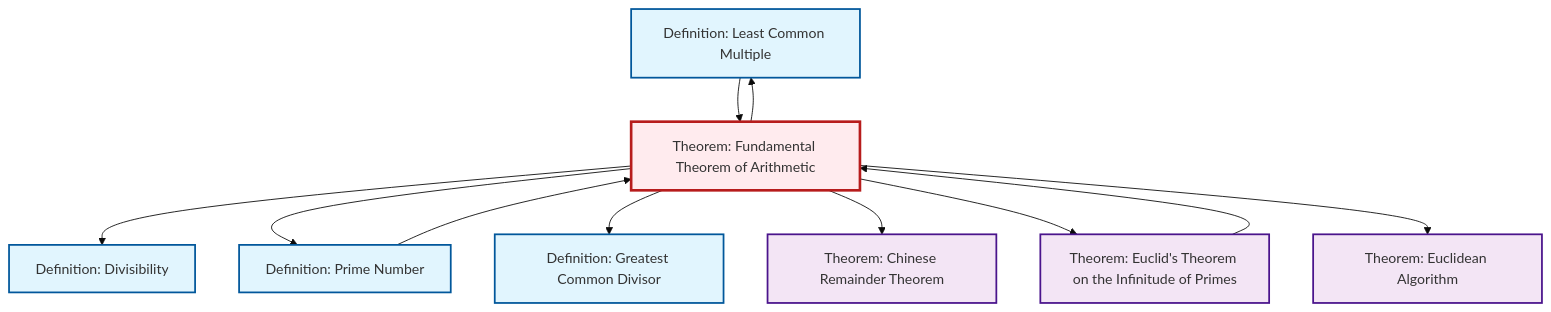
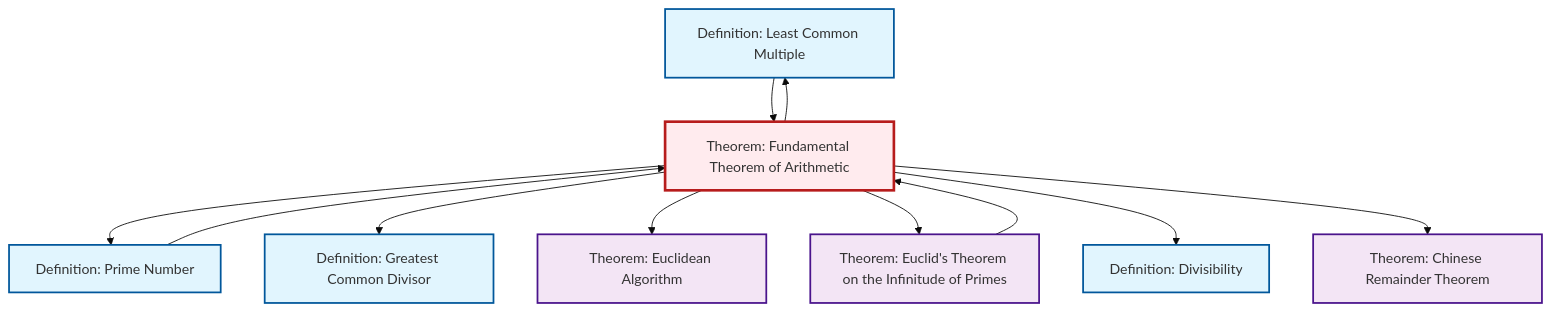
Before and after one commit to RK0429/ModernMath: the diagram in content/en/number-theory/thm-fundamental-arithmetic.qmd, drawn with Mermaid (base theme). The commit also changed other lines of this file and 672 other files, not shown here.

````diff
--- a/content/en/number-theory/thm-fundamental-arithmetic.qmd
+++ b/content/en/number-theory/thm-fundamental-arithmetic.qmd
@@ -72,35 +72,35 @@
 ```{mermaid}
 %%| fig-cap: "Local dependency graph"
 graph TD
     classDef definition fill:#e1f5fe,stroke:#01579b,stroke-width:2px
     classDef theorem fill:#f3e5f5,stroke:#4a148c,stroke-width:2px
     classDef axiom fill:#fff3e0,stroke:#e65100,stroke-width:2px
     classDef example fill:#e8f5e9,stroke:#1b5e20,stroke-width:2px
     classDef current fill:#ffebee,stroke:#b71c1c,stroke-width:3px
+    thm-euclidean-algorithm["Theorem: Euclidean Algorithm"]:::theorem
+    def-lcm["Definition: Least Common Multiple"]:::definition
     def-gcd["Definition: Greatest Common Divisor"]:::definition
+    thm-euclid-infinitude-primes["Theorem: Euclid's Theorem on the Infinitude of Primes"]:::theorem
+    def-prime["Definition: Prime Number"]:::definition
+    thm-fundamental-arithmetic["Theorem: Fundamental Theorem of Arithmetic"]:::theorem
     thm-chinese-remainder["Theorem: Chinese Remainder Theorem"]:::theorem
-    def-lcm["Definition: Least Common Multiple"]:::definition
-    thm-fundamental-arithmetic["Theorem: Fundamental Theorem of Arithmetic"]:::theorem
     def-divisibility["Definition: Divisibility"]:::definition
-    thm-euclid-infinitude-primes["Theorem: Euclid's Theorem on the Infinitude of Primes"]:::theorem
-    thm-euclidean-algorithm["Theorem: Euclidean Algorithm"]:::theorem
-    def-prime["Definition: Prime Number"]:::definition
+    thm-euclid-infinitude-primes --> thm-fundamental-arithmetic
+    thm-fundamental-arithmetic --> def-prime
+    thm-fundamental-arithmetic --> def-lcm
+    thm-fundamental-arithmetic --> def-gcd
+    def-prime --> thm-fundamental-arithmetic
+    thm-fundamental-arithmetic --> thm-euclidean-algorithm
+    thm-fundamental-arithmetic --> thm-euclid-infinitude-primes
+    def-lcm --> thm-fundamental-arithmetic
     thm-fundamental-arithmetic --> def-divisibility
-    def-lcm --> thm-fundamental-arithmetic
-    thm-fundamental-arithmetic --> def-prime
-    thm-fundamental-arithmetic --> def-gcd
     thm-fundamental-arithmetic --> thm-chinese-remainder
-    thm-fundamental-arithmetic --> def-lcm
-    def-prime --> thm-fundamental-arithmetic
-    thm-fundamental-arithmetic --> thm-euclid-infinitude-primes
-    thm-euclid-infinitude-primes --> thm-fundamental-arithmetic
-    thm-fundamental-arithmetic --> thm-euclidean-algorithm
     class thm-fundamental-arithmetic current
+    click thm-euclidean-algorithm "thm-euclidean-algorithm.html" "Go to Euclidean Algorithm theorem"
+    click def-lcm "def-lcm.html" "Go to Least Common Multiple definition"
     click def-gcd "def-gcd.html" "Go to Greatest Common Divisor definition"
+    click thm-euclid-infinitude-primes "thm-euclid-infinitude-primes.html" "Go to Euclid's Theorem on the Infinitude of Primes theorem"
+    click def-prime "def-prime.html" "Go to Prime Number definition"
     click thm-chinese-remainder "thm-chinese-remainder.html" "Go to Chinese Remainder Theorem theorem"
-    click def-lcm "def-lcm.html" "Go to Least Common Multiple definition"
     click def-divisibility "def-divisibility.html" "Go to Divisibility definition"
-    click thm-euclid-infinitude-primes "thm-euclid-infinitude-primes.html" "Go to Euclid's Theorem on the Infinitude of Primes theorem"
-    click thm-euclidean-algorithm "thm-euclidean-algorithm.html" "Go to Euclidean Algorithm theorem"
-    click def-prime "def-prime.html" "Go to Prime Number definition"
 ```
````
